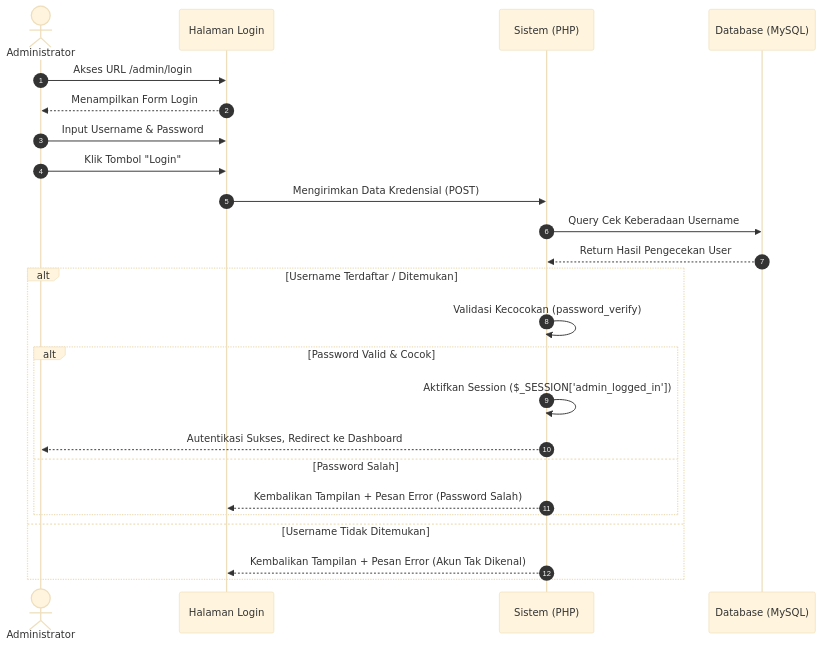
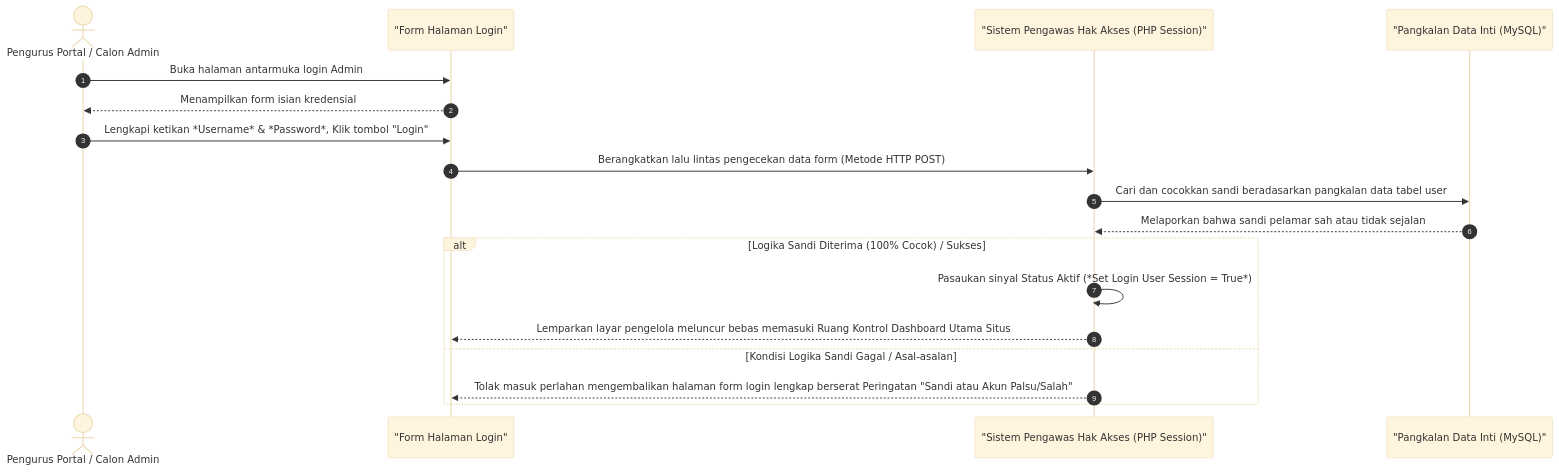
The diagram in docs/sequence_diagram_login_admin.md (arbain-dev/Web_fikom), drawn with Mermaid (base theme) before and after one commit. The commit also changed other lines of this file and 17 other files, not shown here.

Commit message:
docs: menyederhanakan bahasa seluruh sequence diagram admin backend

````diff
--- a/docs/sequence_diagram_login_admin.md
+++ b/docs/sequence_diagram_login_admin.md
@@ -15,30 +24,24 @@
 ```mermaid
 sequenceDiagram
     autonumber
-    actor Admin as Administrator
-    participant View as Halaman Login
-    participant System as Sistem (PHP)
-    participant DB as Database (MySQL)
+    actor Admin as Pengurus Portal / Calon Admin
+    participant View as "Form Halaman Login"
+    participant System as "Sistem Pengawas Hak Akses (PHP Session)"
+    participant DB as "Pangkalan Data Inti (MySQL)"
 
-    Admin->>View: Akses URL /admin/login
-    View-->>Admin: Menampilkan Form Login
+    Admin->>View: Buka halaman antarmuka login Admin
+    View-->>Admin: Menampilkan form isian kredensial
     
-    Admin->>View: Input Username & Password
-    Admin->>View: Klik Tombol "Login"
-    View->>System: Mengirimkan Data Kredensial (POST)
-
-    System->>DB: Query Cek Keberadaan Username
-    DB-->>System: Return Hasil Pengecekan User
-
-    alt Username Terdaftar / Ditemukan
-        System->>System: Validasi Kecocokan (password_verify)
-        alt Password Valid & Cocok
-            System->>System: Aktifkan Session ($_SESSION['admin_logged_in'])
-            System-->>Admin: Autentikasi Sukses, Redirect ke Dashboard
-        else Password Salah
-            System-->>View: Kembalikan Tampilan + Pesan Error (Password Salah)
-        end
-    else Username Tidak Ditemukan
-        System-->>View: Kembalikan Tampilan + Pesan Error (Akun Tak Dikenal)
+    Admin->>View: Lengkapi ketikan *Username* & *Password*, Klik tombol "Login"
+    View->>System: Berangkatkan lalu lintas pengecekan data form (Metode HTTP POST)
+    
+    System->>DB: Cari dan cocokkan sandi beradasarkan pangkalan data tabel user
+    DB-->>System: Melaporkan bahwa sandi pelamar sah atau tidak sejalan
+    
+    alt Logika Sandi Diterima (100% Cocok) / Sukses
+        System->>System: Pasaukan sinyal Status Aktif (*Set Login User Session = True*)
+        System-->>View: Lemparkan layar pengelola meluncur bebas memasuki Ruang Kontrol Dashboard Utama Situs
+    else Kondisi Logika Sandi Gagal / Asal-asalan
+        System-->>View: Tolak masuk perlahan mengembalikan halaman form login lengkap berserat Peringatan "Sandi atau Akun Palsu/Salah"
     end
 ```
````
